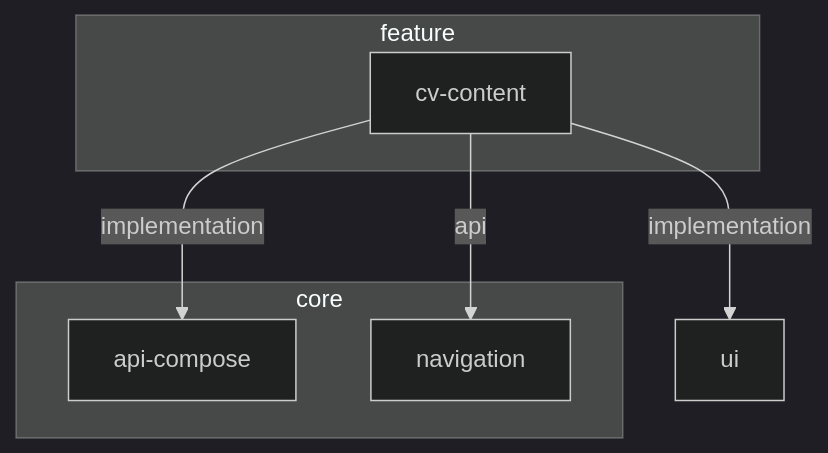
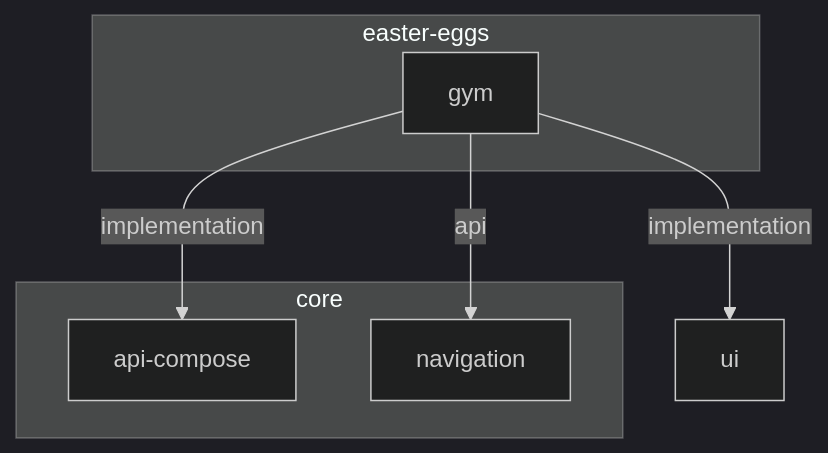
One commit to Dussim/cv-app changed the diagram in feature/easter-eggs/gym/README.md. Above: the diagram before and after it, drawn with Mermaid. The commit also changed 50 other files, not shown here.

````diff
--- a/feature/easter-eggs/gym/README.md
+++ b/feature/easter-eggs/gym/README.md
@@ -3,20 +3,20 @@
 ```mermaid
 %%{
   init: {
     'theme': 'dark'
   }
 }%%
 
 graph TB
   subgraph core
     api-compose
     navigation
   end
-  subgraph feature
-    cv-content
+  subgraph easter-eggs
+    gym
   end
-  cv-content -- api --> navigation
-  cv-content -- implementation --> api-compose
-  cv-content -- implementation --> ui
+  gym -- api --> navigation
+  gym -- implementation --> api-compose
+  gym -- implementation --> ui
 
 ```
````
